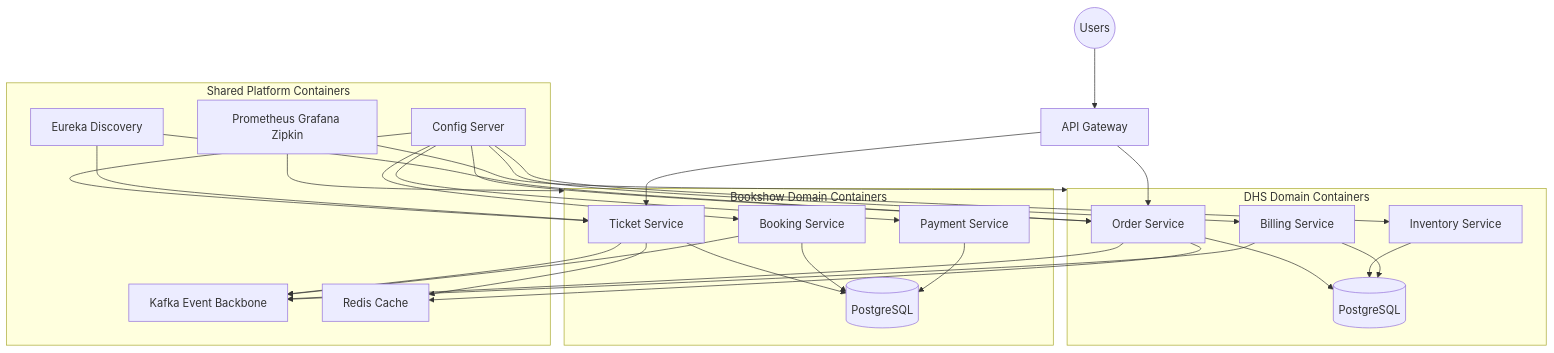
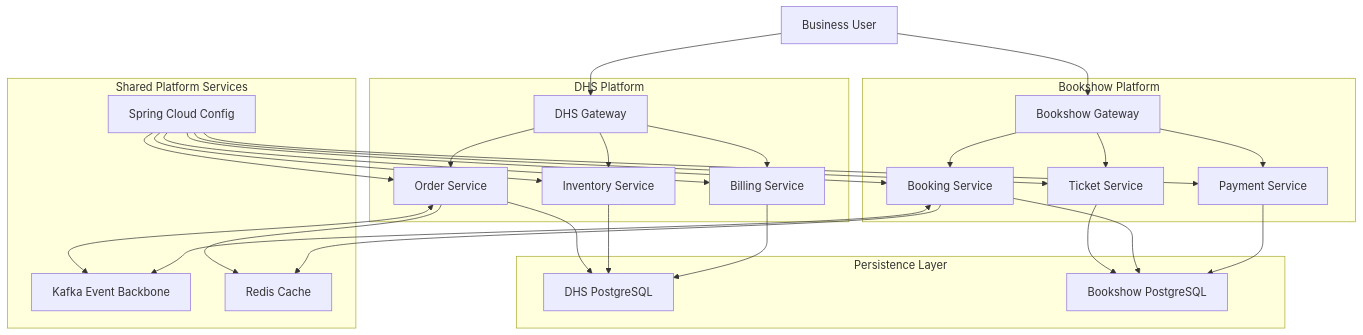
The first of 2 diagrams in architecture/c4/C4-002-Container-Diagram.md (STARONE-INFOTECH/starone-galaxy-architecture), drawn with Mermaid before and after one commit. The commit also changed other lines of this file and 2 other files, not shown here.

Commit message:
docs(c4): refine container architecture model (#26)
* docs(c4): refine container architecture model

* docs(c4): reomoved trailing spaces and tabs

* docs(PRD): tab removed from PRD

---------

````diff
--- a/architecture/c4/C4-002-Container-Diagram.md
+++ b/architecture/c4/C4-002-Container-Diagram.md
@@ -93,62 +93,63 @@
 ```mermaid
-flowchart TD
+flowchart TB
 
-Users((Users))
+    User["Business User"]
 
-Users --> Gateway[API Gateway]
+    subgraph DHS["DHS Platform"]
+        DHSGateway["DHS Gateway"]
+        OrderSvc["Order Service"]
+        InventorySvc["Inventory Service"]
+        BillingSvc["Billing Service"]
+    end
 
-subgraph Platform["Shared Platform Containers"]
-Config[Config Server]
-Discovery[Eureka Discovery]
-Kafka[Kafka Event Backbone]
-Redis[Redis Cache]
-Observability[Prometheus Grafana Zipkin]
-end
+    subgraph BOOKSHOW["Bookshow Platform"]
+        BookshowGateway["Bookshow Gateway"]
+        TicketSvc["Ticket Service"]
+        BookingSvc["Booking Service"]
+        PaymentSvc["Payment Service"]
+    end
 
-subgraph DHS["DHS Domain Containers"]
-OrderSvc[Order Service]
-InventorySvc[Inventory Service]
-BillingSvc[Billing Service]
-DHSDB[(PostgreSQL)]
-end
+    subgraph PLATFORM["Shared Platform Services"]
+        Config["Spring Cloud Config"]
+        Kafka["Kafka Event Backbone"]
+        Redis["Redis Cache"]
+    end
 
-subgraph Bookshow["Bookshow Domain Containers"]
-TicketSvc[Ticket Service]
-BookingSvc[Booking Service]
-PaymentSvc[Payment Service]
-BookDB[(PostgreSQL)]
-end
+    subgraph DATA["Persistence Layer"]
+        DHSDB["DHS PostgreSQL"]
+        BookDB["Bookshow PostgreSQL"]
+    end
 
-Gateway --> OrderSvc
-Gateway --> TicketSvc
+    User --> DHSGateway
+    User --> BookshowGateway
 
-Config --> OrderSvc
-Config --> InventorySvc
-Config --> BillingSvc
+    DHSGateway --> OrderSvc
+    DHSGateway --> InventorySvc
+    DHSGateway --> BillingSvc
 
-Config --> TicketSvc
-Config --> BookingSvc
-Config --> PaymentSvc
+    BookshowGateway --> TicketSvc
+    BookshowGateway --> BookingSvc
+    BookshowGateway --> PaymentSvc
 
-Discovery --> OrderSvc
-Discovery --> TicketSvc
+    Config --> OrderSvc
+    Config --> InventorySvc
+    Config --> BillingSvc
 
-OrderSvc --> Kafka
-BillingSvc --> Kafka
-TicketSvc --> Kafka
-BookingSvc --> Kafka
+    Config --> TicketSvc
+    Config --> BookingSvc
+    Config --> PaymentSvc
 
-OrderSvc --> DHSDB
-InventorySvc --> DHSDB
-BillingSvc --> DHSDB
+    OrderSvc <--> Kafka
+    BookingSvc <--> Kafka
 
-TicketSvc --> BookDB
-BookingSvc --> BookDB
-PaymentSvc --> BookDB
+    OrderSvc --> DHSDB
+    InventorySvc --> DHSDB
+    BillingSvc --> DHSDB
 
-OrderSvc --> Redis
-TicketSvc --> Redis
+    TicketSvc --> BookDB
+    BookingSvc --> BookDB
+    PaymentSvc --> BookDB
 
-Observability --> DHS
-Observability --> Bookshow
+    OrderSvc --> Redis
+    BookingSvc --> Redis
 ```
````
